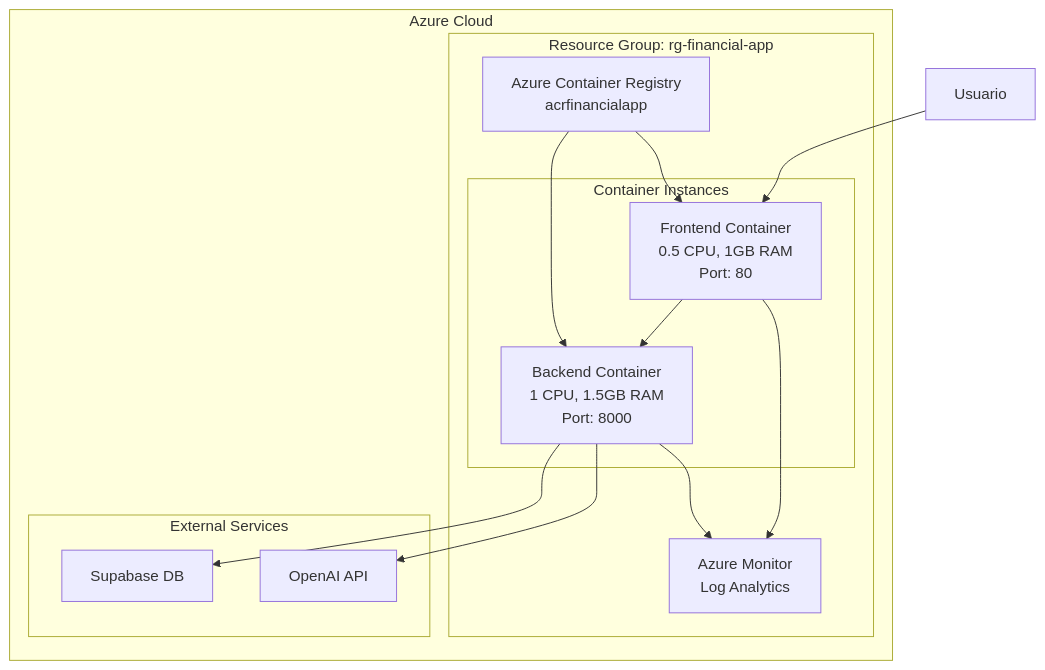
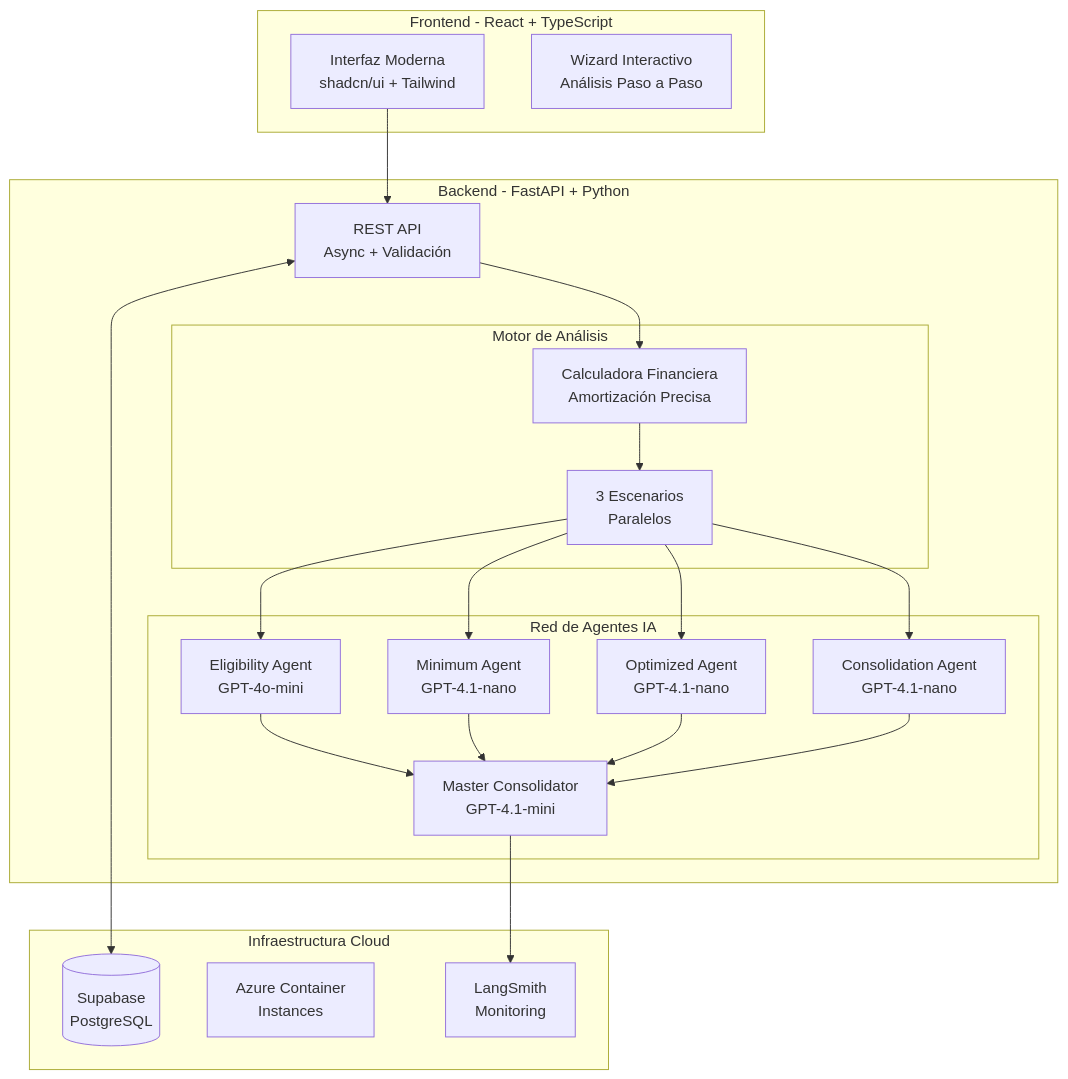
One commit to Luiss0606/test-bcp changed the diagram in README.md. Above: the diagram before and after it, drawn with Mermaid. The commit also changed other lines of this file and 5 other files, not shown here.

````diff
--- a/README.md
+++ b/README.md
@@ -411,29 +48,38 @@
 ```mermaid
 graph TB
-    subgraph "Azure Cloud"
-        subgraph "Resource Group: rg-financial-app"
-            ACR[Azure Container Registry<br/>acrfinancialapp]
-            
-            subgraph "Container Instances"
-                Backend[Backend Container<br/>1 CPU, 1.5GB RAM<br/>Port: 8000]
-                Frontend[Frontend Container<br/>0.5 CPU, 1GB RAM<br/>Port: 80]
-            end
-            
-            Logs[Azure Monitor<br/>Log Analytics]
+    subgraph "Frontend - React + TypeScript"
+        UI[Interfaz Moderna<br/>shadcn/ui + Tailwind]
+        Wizard[Wizard Interactivo<br/>Análisis Paso a Paso]
+    end
+    
+    subgraph "Backend - FastAPI + Python"
+        API[REST API<br/>Async + Validación]
+        
+        subgraph "Motor de Análisis"
+            Calc[Calculadora Financiera<br/>Amortización Precisa]
+            Scenarios[3 Escenarios<br/>Paralelos]
         end
         
-        subgraph "External Services"
-            Supabase[Supabase DB]
-            OpenAI[OpenAI API]
+        subgraph "Red de Agentes IA"
+            EA[Eligibility Agent<br/>GPT-4o-mini]
+            MA[Minimum Agent<br/>GPT-4.1-nano]
+            OA[Optimized Agent<br/>GPT-4.1-nano]
+            CA[Consolidation Agent<br/>GPT-4.1-nano]
+            Master[Master Consolidator<br/>GPT-4.1-mini]
         end
     end
     
-    User[Usuario] --> Frontend
-    Frontend --> Backend
-    Backend --> Supabase
-    Backend --> OpenAI
-    Backend --> Logs
-    Frontend --> Logs
-    ACR --> Backend
-    ACR --> Frontend
+    subgraph "Infraestructura Cloud"
+        DB[(Supabase<br/>PostgreSQL)]
+        Azure[Azure Container<br/>Instances]
+        Monitor[LangSmith<br/>Monitoring]
+    end
+    
+    UI --> API
+    API --> Calc
+    Calc --> Scenarios
+    Scenarios --> EA & MA & OA & CA
+    EA & MA & OA & CA --> Master
+    API <--> DB
+    Master --> Monitor
 ```
````
